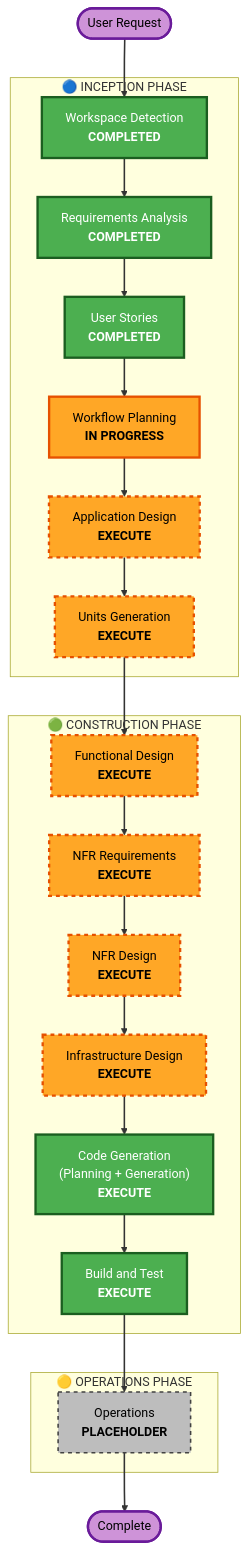
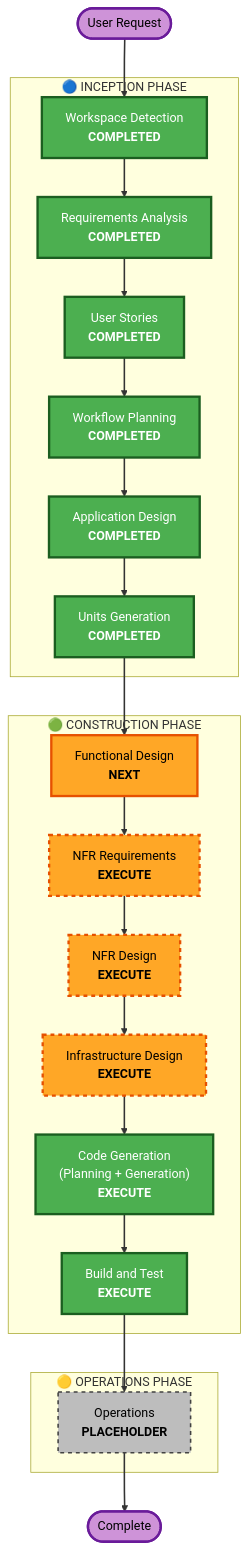
The diagram in aidlc-docs/inception/plans/execution-plan.md (kotaro-kadoshima/pandora), drawn with Mermaid before and after one commit. The commit also changed other lines of this file, not shown here.

Commit message:
docs(plan): INCEPTION完了状態をexecution-planに反映

````diff
--- a/aidlc-docs/inception/plans/execution-plan.md
+++ b/aidlc-docs/inception/plans/execution-plan.md
@@ -51,59 +51,59 @@
 ```mermaid
 flowchart TD
     Start(["User Request"])
 
     subgraph INCEPTION["🔵 INCEPTION PHASE"]
         WD["Workspace Detection<br/><b>COMPLETED</b>"]
         RA["Requirements Analysis<br/><b>COMPLETED</b>"]
         US["User Stories<br/><b>COMPLETED</b>"]
-        WP["Workflow Planning<br/><b>IN PROGRESS</b>"]
-        AD["Application Design<br/><b>EXECUTE</b>"]
-        UG["Units Generation<br/><b>EXECUTE</b>"]
+        WP["Workflow Planning<br/><b>COMPLETED</b>"]
+        AD["Application Design<br/><b>COMPLETED</b>"]
+        UG["Units Generation<br/><b>COMPLETED</b>"]
     end
 
     subgraph CONSTRUCTION["🟢 CONSTRUCTION PHASE"]
-        FD["Functional Design<br/><b>EXECUTE</b>"]
+        FD["Functional Design<br/><b>NEXT</b>"]
         NFRA["NFR Requirements<br/><b>EXECUTE</b>"]
         NFRD["NFR Design<br/><b>EXECUTE</b>"]
         ID["Infrastructure Design<br/><b>EXECUTE</b>"]
         CG["Code Generation<br/>(Planning + Generation)<br/><b>EXECUTE</b>"]
         BT["Build and Test<br/><b>EXECUTE</b>"]
     end
 
     subgraph OPERATIONS["🟡 OPERATIONS PHASE"]
         OPS["Operations<br/><b>PLACEHOLDER</b>"]
     end
 
     Start --> WD
     WD --> RA
     RA --> US
     US --> WP
     WP --> AD
     AD --> UG
     UG --> FD
     FD --> NFRA
     NFRA --> NFRD
     NFRD --> ID
     ID --> CG
     CG --> BT
     BT --> OPS
     OPS --> End(["Complete"])
 
     style WD fill:#4CAF50,stroke:#1B5E20,stroke-width:3px,color:#fff
     style RA fill:#4CAF50,stroke:#1B5E20,stroke-width:3px,color:#fff
     style US fill:#4CAF50,stroke:#1B5E20,stroke-width:3px,color:#fff
-    style WP fill:#FFA726,stroke:#E65100,stroke-width:3px,color:#000
-    style AD fill:#FFA726,stroke:#E65100,stroke-width:3px,stroke-dasharray: 5 5,color:#000
-    style UG fill:#FFA726,stroke:#E65100,stroke-width:3px,stroke-dasharray: 5 5,color:#000
-    style FD fill:#FFA726,stroke:#E65100,stroke-width:3px,stroke-dasharray: 5 5,color:#000
+    style WP fill:#4CAF50,stroke:#1B5E20,stroke-width:3px,color:#fff
+    style AD fill:#4CAF50,stroke:#1B5E20,stroke-width:3px,color:#fff
+    style UG fill:#4CAF50,stroke:#1B5E20,stroke-width:3px,color:#fff
+    style FD fill:#FFA726,stroke:#E65100,stroke-width:3px,color:#000
     style NFRA fill:#FFA726,stroke:#E65100,stroke-width:3px,stroke-dasharray: 5 5,color:#000
     style NFRD fill:#FFA726,stroke:#E65100,stroke-width:3px,stroke-dasharray: 5 5,color:#000
     style ID fill:#FFA726,stroke:#E65100,stroke-width:3px,stroke-dasharray: 5 5,color:#000
     style CG fill:#4CAF50,stroke:#1B5E20,stroke-width:3px,color:#fff
     style BT fill:#4CAF50,stroke:#1B5E20,stroke-width:3px,color:#fff
     style OPS fill:#BDBDBD,stroke:#424242,stroke-width:2px,stroke-dasharray: 5 5,color:#000
     style Start fill:#CE93D8,stroke:#6A1B9A,stroke-width:3px,color:#000
     style End fill:#CE93D8,stroke:#6A1B9A,stroke-width:3px,color:#000
 
     linkStyle default stroke:#333,stroke-width:2px
 ```
````
